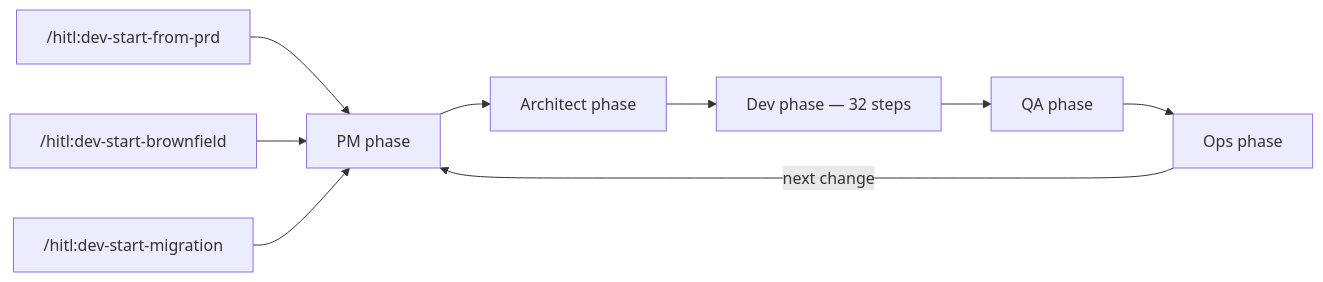
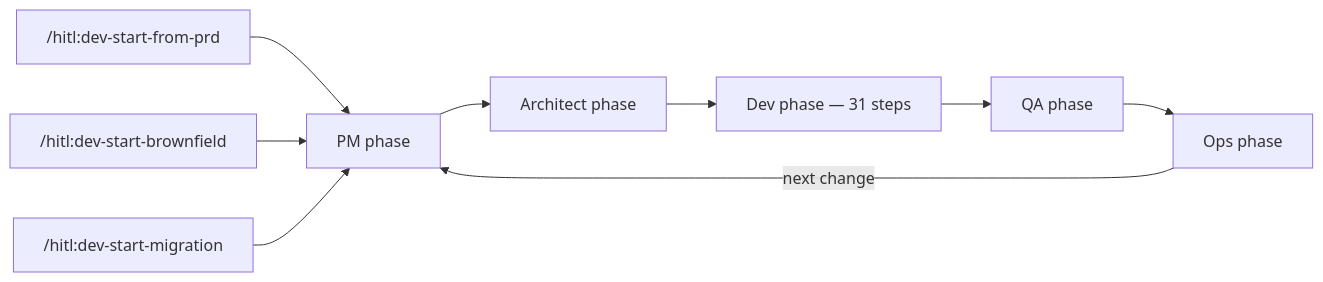
One commit to Prasad-Apparaju/hitl-dev-platform changed the first of 4 diagrams in docs/command-map.md. Above: the diagram before and after it, drawn with Mermaid. The commit also changed other lines of this file and 33 other files, not shown here.

````diff
--- a/docs/command-map.md
+++ b/docs/command-map.md
@@ -11,18 +11,18 @@
 ```mermaid
 graph LR
   prd["/hitl:dev-start-from-prd"]
   brown["/hitl:dev-start-brownfield"]
   mig["/hitl:dev-start-migration"]
 
   pm["PM phase"]
   arch["Architect phase"]
-  dev["Dev phase — 32 steps"]
+  dev["Dev phase — 31 steps"]
   qa["QA phase"]
   ops["Ops phase"]
 
   prd --> pm
   brown --> pm
   mig --> pm
   pm --> arch --> dev --> qa --> ops
   ops -->|"next change"| pm
 ```
````
